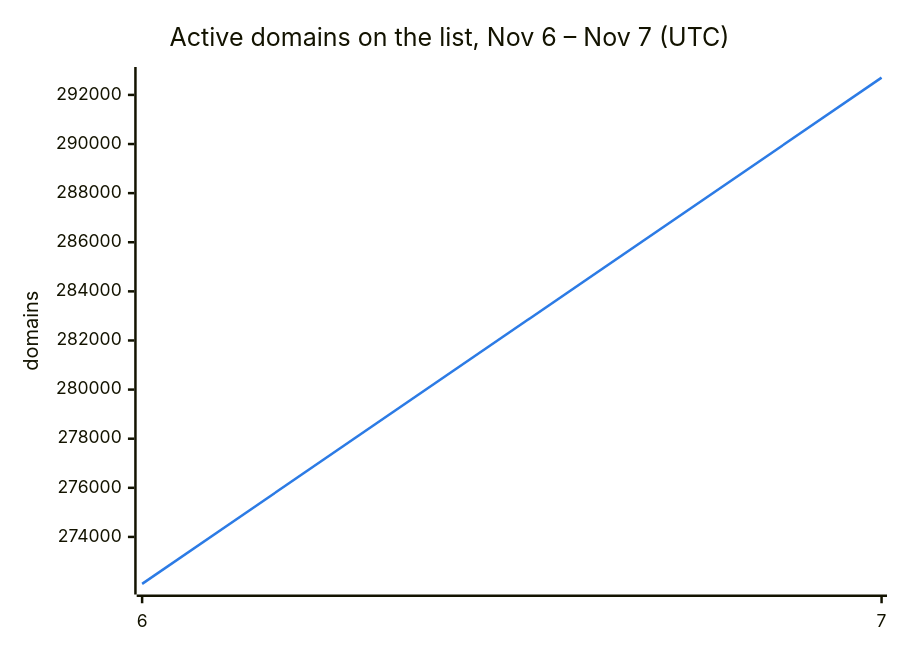
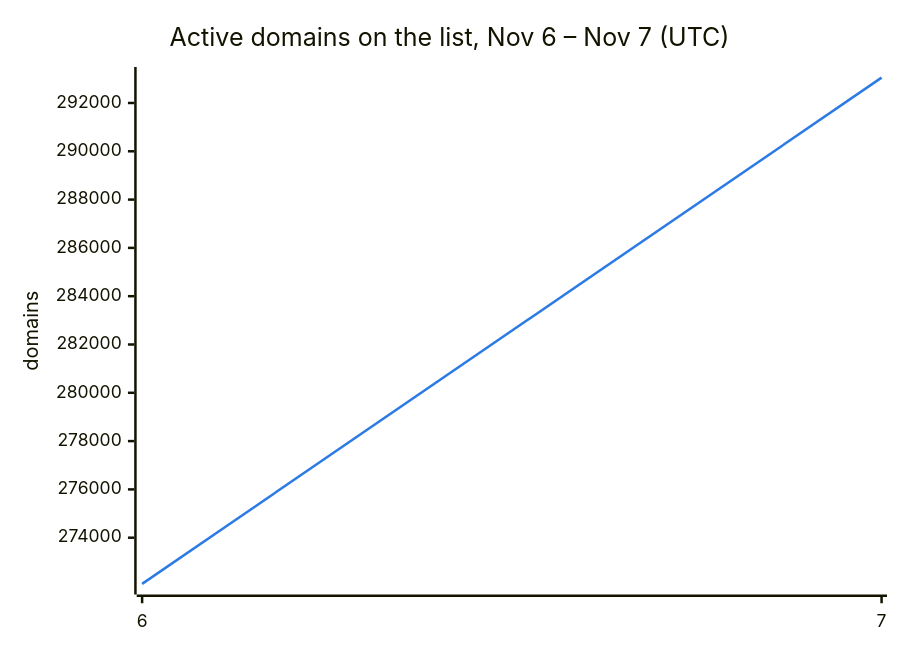
The second of 3 diagrams in README.md (DNSBunker/CTI), drawn with Mermaid before and after one commit. The commit also changed other lines of this file and 3 other files, not shown here.

````diff
--- a/README.md
+++ b/README.md
@@ -38,8 +38,8 @@
 ```mermaid
 %%{init: {"themeVariables": {"xyChart": {"plotColorPalette": "#2c7be5"}}}}%%
 xychart-beta
     title "Active domains on the list, Nov 6 – Nov 7 (UTC)"
     x-axis ["6", "7"]
     y-axis "domains"
-    line [272088, 292704]
+    line [272088, 293050]
 ```
````
